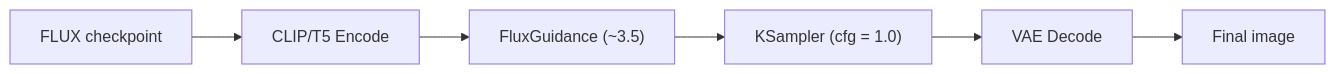
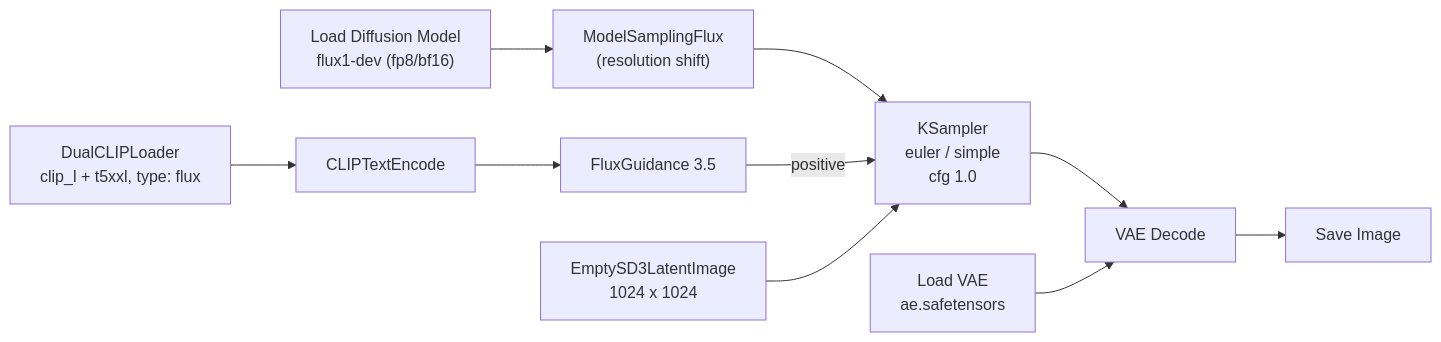
One commit to AndrewAltimit/Documentation changed the third of 3 diagrams in github-pages/docs/ai-ml/flux-guide.md. Above: the diagram before and after it, drawn with Mermaid. The commit also changed other lines of this file and 240 other files, not shown here.

````diff
--- a/github-pages/docs/ai-ml/flux-guide.md
+++ b/github-pages/docs/ai-ml/flux-guide.md
@@ -203,7 +235,12 @@
 ```mermaid
 flowchart LR
-    Ckpt["FLUX checkpoint"] --> Enc["CLIP/T5 Encode"]
-    Enc --> FG["FluxGuidance (~3.5)"]
-    FG --> KS["KSampler (cfg = 1.0)"]
-    KS --> Dec["VAE Decode"] --> Img["Final image"]
+    UL["Load Diffusion Model<br/>flux1-dev (fp8/bf16)"] --> MS["ModelSamplingFlux<br/>(resolution shift)"]
+    DC["DualCLIPLoader<br/>clip_l + t5xxl, type: flux"] --> TE["CLIPTextEncode"]
+    TE --> FG["FluxGuidance 3.5"]
+    MS --> KS["KSampler<br/>euler / simple<br/>cfg 1.0"]
+    FG -->|positive| KS
+    EL["EmptySD3LatentImage<br/>1024 x 1024"] --> KS
+    KS --> VD["VAE Decode"]
+    VL["Load VAE<br/>ae.safetensors"] --> VD
+    VD --> SI["Save Image"]
 ```
````
